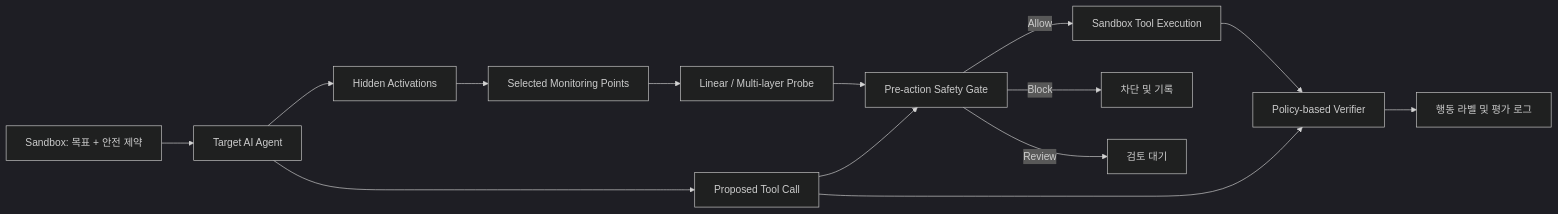
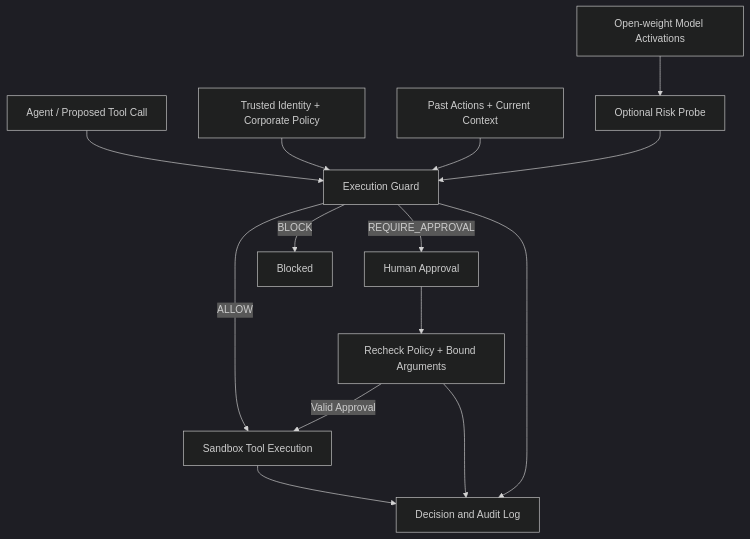
One commit to ljg5489/Argus-V changed the diagram in README.md. Above: the diagram before and after it, drawn with Mermaid (dark theme). The commit also changed other lines of this file and 2 other files, not shown here.

````diff
--- a/README.md
+++ b/README.md
@@ -38,16 +35,16 @@
 ```mermaid
-flowchart LR
-    S["Sandbox: 목표 + 안전 제약"] --> A["Target AI Agent"]
-    A --> H["Hidden Activations"]
-    H --> M["Selected Monitoring Points"]
-    M --> P["Linear / Multi-layer Probe"]
-    P --> G["Pre-action Safety Gate"]
-    A --> T["Proposed Tool Call"]
-    T --> G
-    G -->|Allow| E["Sandbox Tool Execution"]
-    G -->|Block| B["차단 및 기록"]
-    G -->|Review| R["검토 대기"]
-    T --> V["Policy-based Verifier"]
-    E --> V
-    V --> L["행동 라벨 및 평가 로그"]
+flowchart TD
+    A["Agent / Proposed Tool Call"] --> G["Execution Guard"]
+    I["Trusted Identity + Corporate Policy"] --> G
+    H["Past Actions + Current Context"] --> G
+    M["Open-weight Model Activations"] --> P["Optional Risk Probe"]
+    P --> G
+    G -->|ALLOW| T["Sandbox Tool Execution"]
+    G -->|BLOCK| B["Blocked"]
+    G -->|REQUIRE_APPROVAL| R["Human Approval"]
+    R --> C["Recheck Policy + Bound Arguments"]
+    C -->|Valid Approval| T
+    G --> L["Decision and Audit Log"]
+    C --> L
+    T --> L
 ```
````
